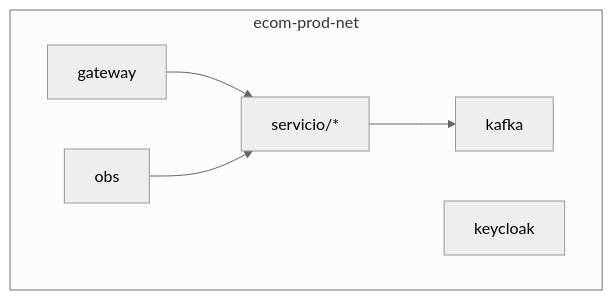
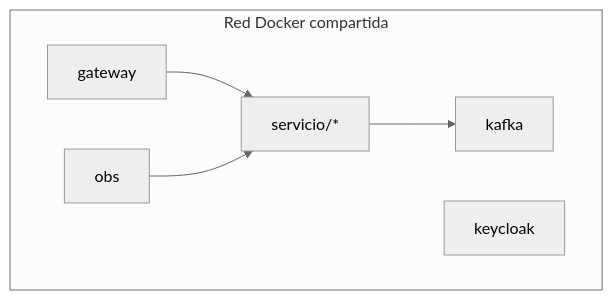
One commit to erickmijael17/SmartCampus-Marketplace changed the second of 2 diagrams in docs/sesiones/s12-evaluacion-u2.md. Above: the diagram before and after it, drawn with Mermaid (neutral theme). The commit also changed 11 other files, not shown here.

````diff
--- a/docs/sesiones/s12-evaluacion-u2.md
+++ b/docs/sesiones/s12-evaluacion-u2.md
@@ -63,13 +63,13 @@
 ```mermaid
 flowchart TB
-    subgraph Docker["ecom-prod-net"]
+    subgraph Docker["Red Docker compartida"]
         GW["gateway"]
         KC["keycloak"]
         K["kafka"]
         OBS["obs"]
         MS["servicio/*"]
     end
     GW --> MS
     MS --> K
     OBS --> MS
 ```
````
